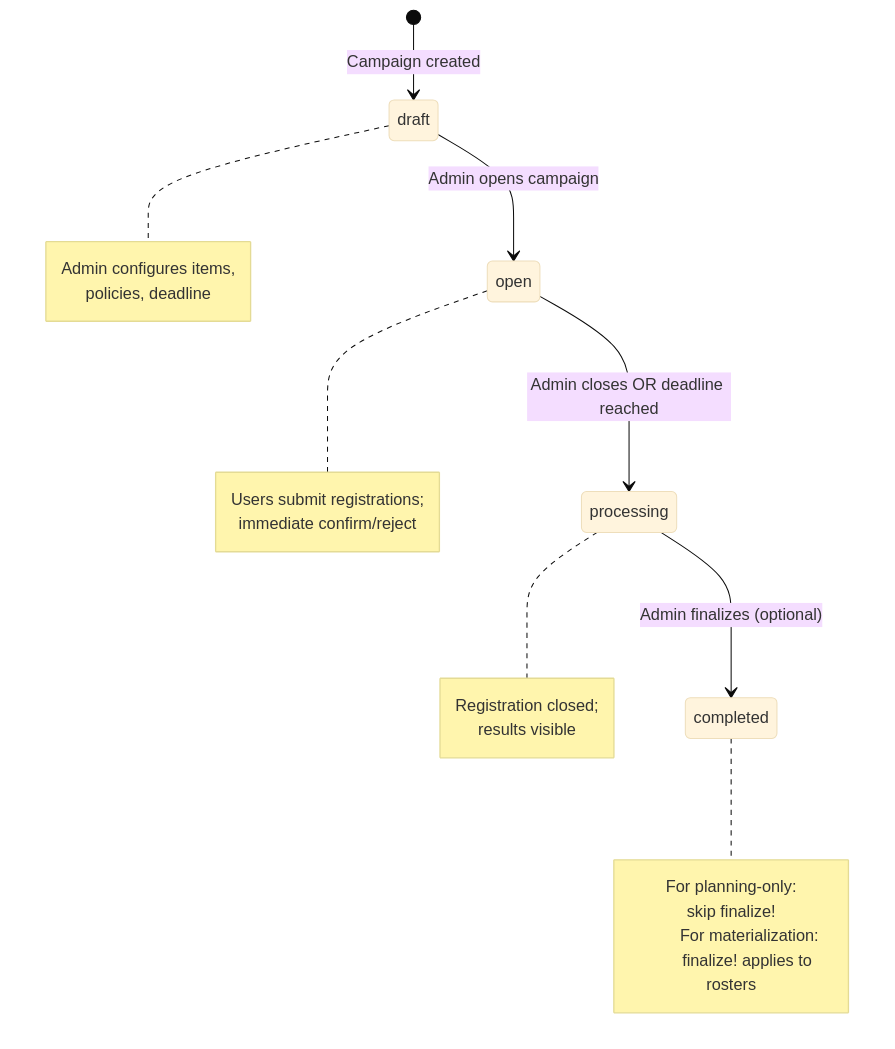
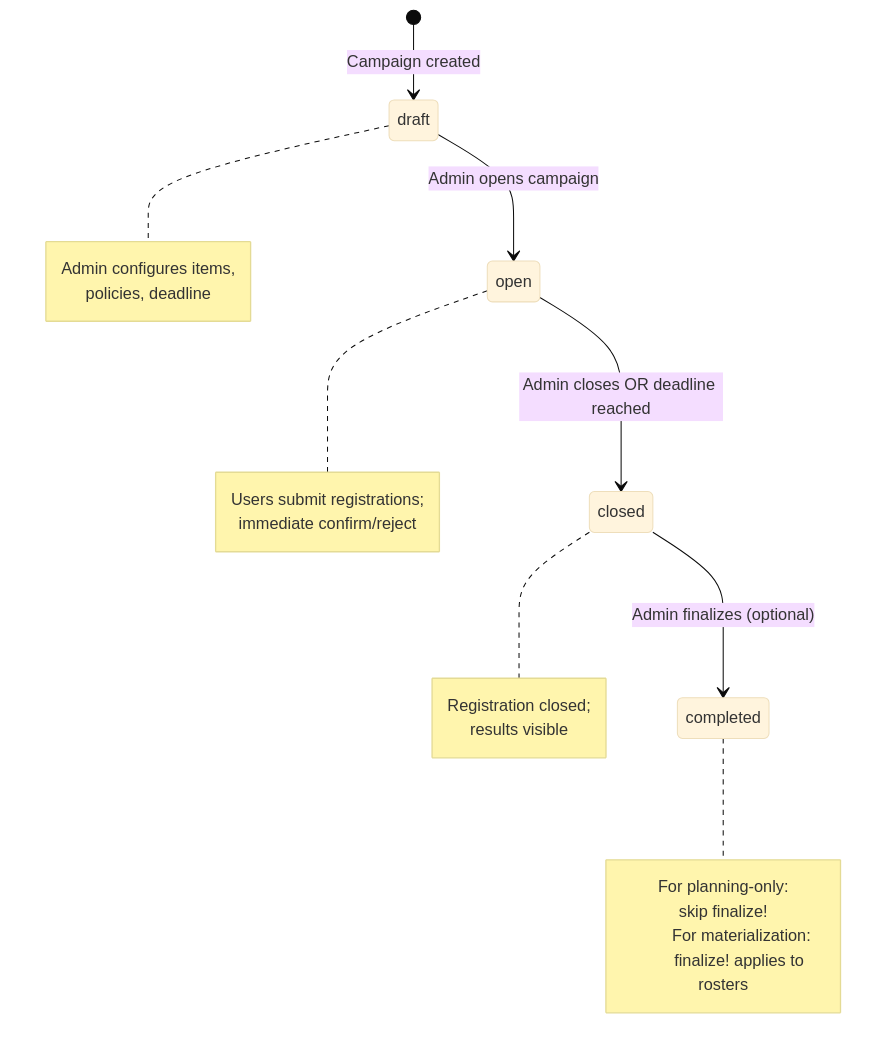
Before and after one commit to MaMpf-HD/mampf: the fifth of 6 diagrams in architecture/src/features/02-registration.md, drawn with Mermaid (base theme). The commit also changed other lines of this file and 16 other files, not shown here.

First line of the commit message:
Architecture: Incorporate changes from registration pr (#936)

````diff
--- a/architecture/src/features/02-registration.md
+++ b/architecture/src/features/02-registration.md
@@ -1201,30 +1281,30 @@
 ```mermaid
 stateDiagram-v2
     [*] --> draft: Campaign created
     draft --> open: Admin opens campaign
-    open --> processing: Admin closes OR deadline reached
-    processing --> completed: Admin finalizes (optional)
+    open --> closed: Admin closes OR deadline reached
+    closed --> completed: Admin finalizes (optional)
     
     note right of draft
         Admin configures items,
         policies, deadline
     end note
     
     note right of open
         Users submit registrations;
         immediate confirm/reject
     end note
     
-    note right of processing
+    note right of closed
         Registration closed;
         results visible
     end note
     
     note right of completed
         For planning-only:
         skip finalize!
         
         For materialization:
         finalize! applies to rosters
     end note
 ```
````
